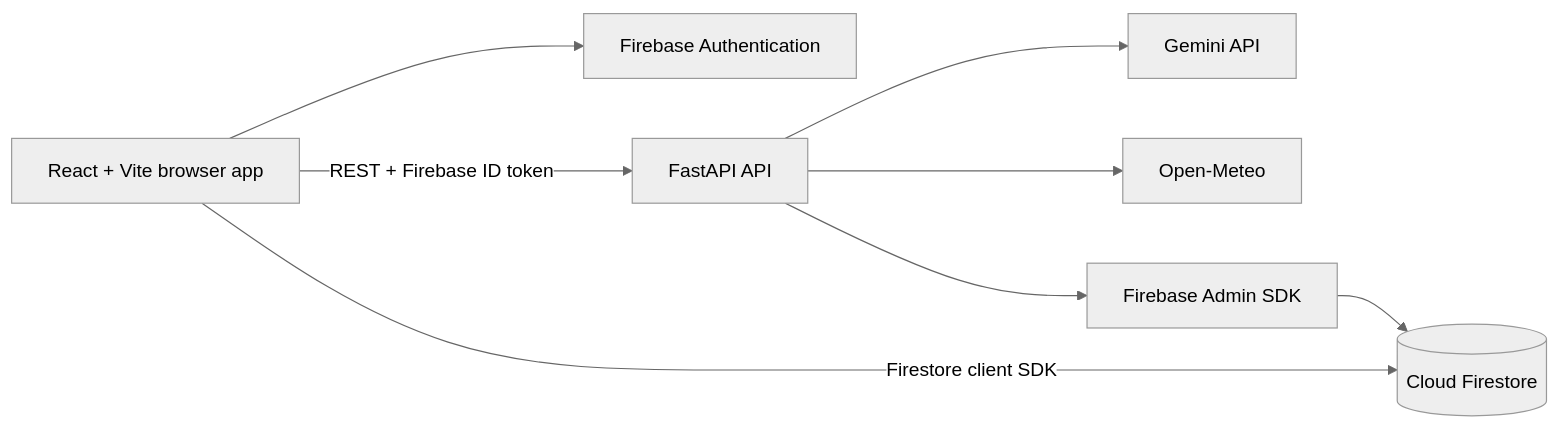
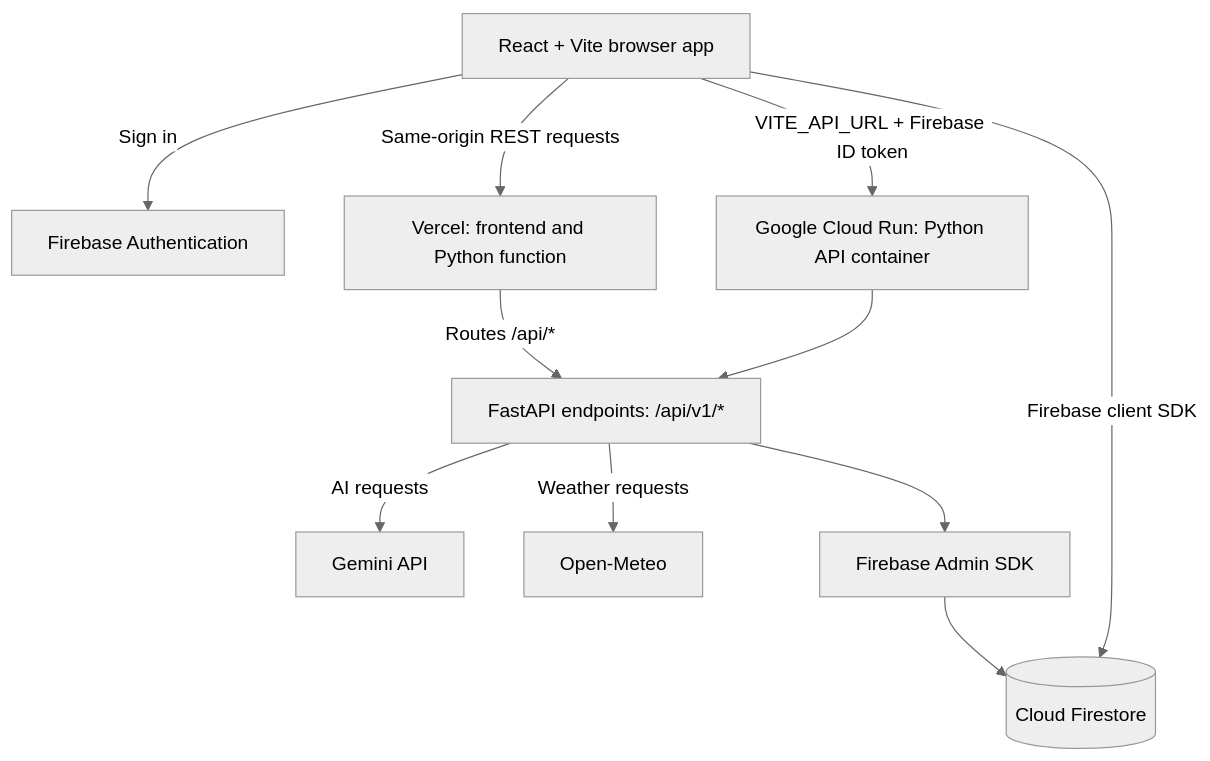
One commit to MOHITH001-HASH/Vastrakalp---Personal-Weather-Based-Clothing-Recommendation-System changed the diagram in ARCHITECTURE.md. Above: the diagram before and after it, drawn with Mermaid (neutral theme).

Commit message:
Fix architecture Mermaid diagram syntax

````diff
--- a/ARCHITECTURE.md
+++ b/ARCHITECTURE.md
@@ -7,18 +7,23 @@
 ```mermaid
-flowchart LR
+flowchart TB
     Browser["React + Vite browser app"]
     Auth["Firebase Authentication"]
-    API["FastAPI API"]
+    Vercel["Vercel: frontend and Python function"]
+    CloudRun["Google Cloud Run: Python API container"]
+    API["FastAPI endpoints: /api/v1/*"]
     Gemini["Gemini API"]
     Weather["Open-Meteo"]
     Admin["Firebase Admin SDK"]
     Store[("Cloud Firestore")]
 
-    Browser --> Auth
-    Browser -->|"REST + Firebase ID token"| API
-    API --> Gemini
-    API --> Weather
+    Browser -->|"Sign in"| Auth
+    Browser -->|"Same-origin REST requests"| Vercel
+    Vercel -->|"Routes /api/*"| API
+    Browser -->|"VITE_API_URL + Firebase ID token"| CloudRun
+    CloudRun --> API
+    API -->|"AI requests"| Gemini
+    API -->|"Weather requests"| Weather
     API --> Admin
     Admin --> Store
-    Browser -->|"Firestore client SDK"| Store
+    Browser -->|"Firebase client SDK"| Store
 ```
````
